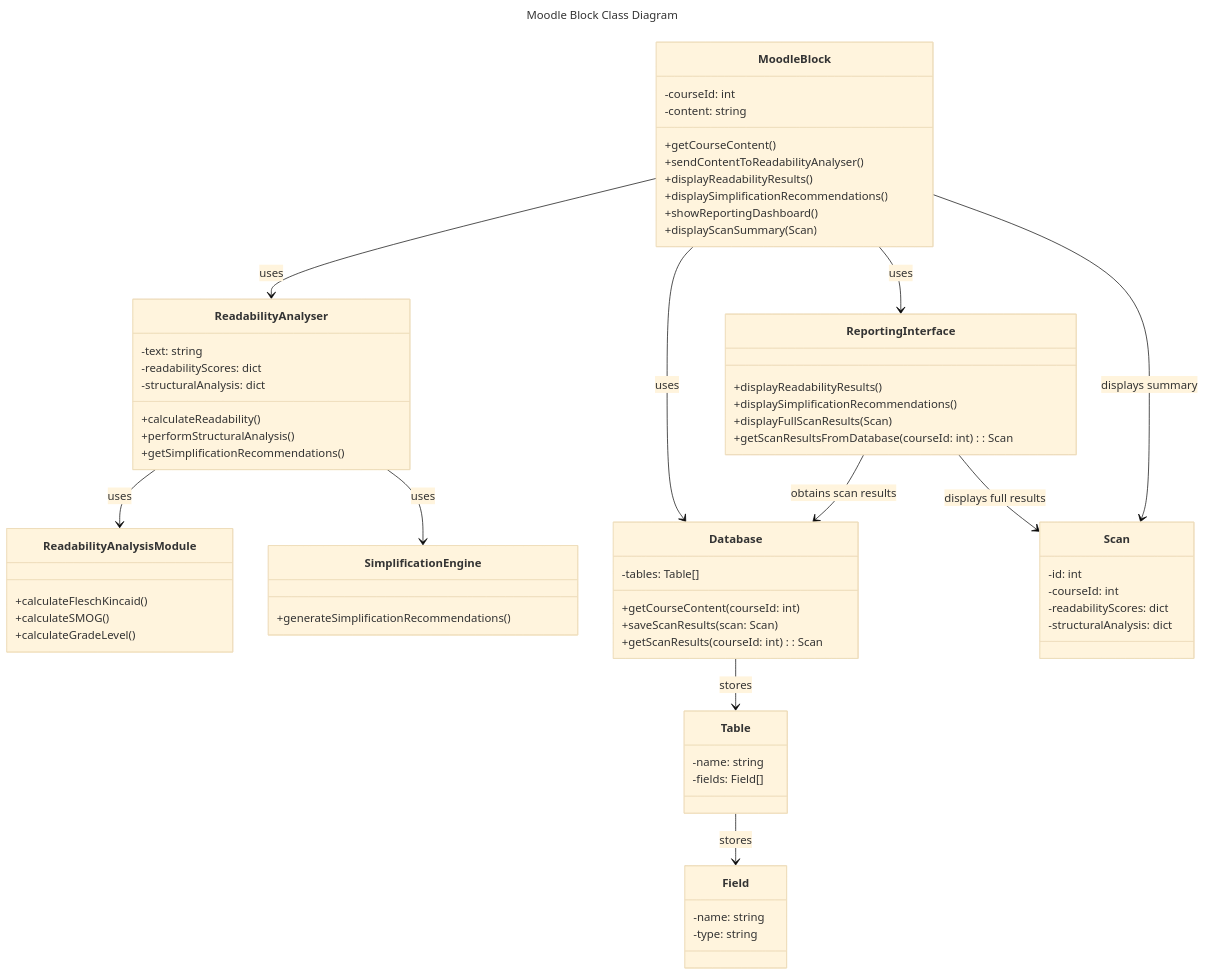
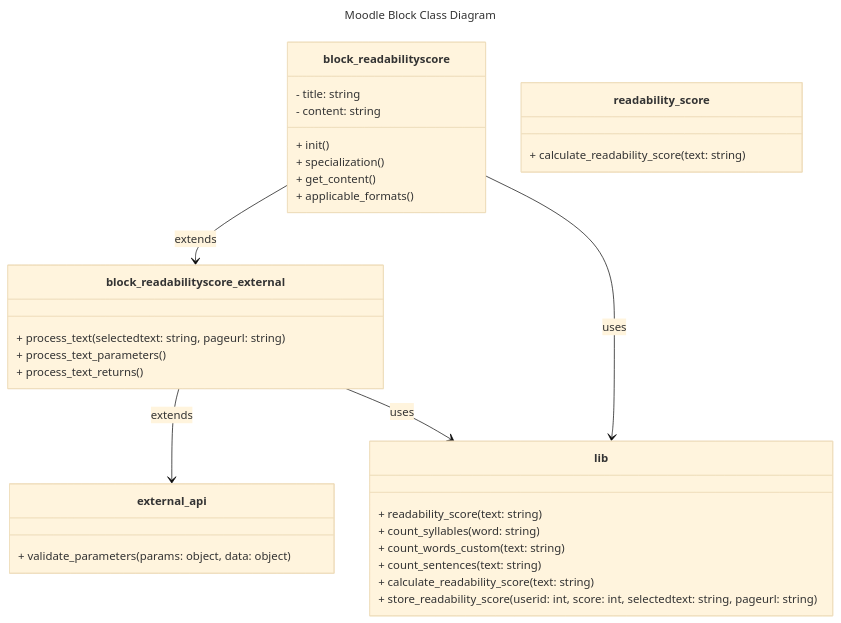
The second of 8 diagrams in README.md (anrichp/Computing-Project-2024), drawn with Mermaid (base theme) before and after one commit.

Commit message:
update class diagram

````diff
--- a/README.md
+++ b/README.md
@@ -70,69 +70,37 @@
 ```mermaid
 ---
 title: Moodle Block Class Diagram
 ---
 classDiagram
-
-class MoodleBlock {
-        -courseId: int
-        -content: string
-        +getCourseContent()
-        +sendContentToReadabilityAnalyser()
-        +displayReadabilityResults()
-        +displaySimplificationRecommendations()
-        +showReportingDashboard()
-        +displayScanSummary(Scan)
+    class block_readabilityscore {
+        - title: string
+        - content: string
+        + init()
+        + specialization()
+        + get_content()
+        + applicable_formats()
     }
-    class Database {
-        -tables: Table[]
-        +getCourseContent(courseId: int)
-        +saveScanResults(scan: Scan)
-        +getScanResults(courseId: int): Scan
+    class block_readabilityscore_external {
+        + process_text(selectedtext: string, pageurl: string)
+        + process_text_parameters()
+        + process_text_returns()
     }
-    class ReadabilityAnalyser {
-        -text: string
-        -readabilityScores: dict
-        -structuralAnalysis: dict
-        +calculateReadability()
-        +performStructuralAnalysis()
-        +getSimplificationRecommendations()
+    class external_api {
+        + validate_parameters(params: object, data: object)
     }
-    class ReadabilityAnalysisModule {
-        +calculateFleschKincaid()
-        +calculateSMOG()
-        +calculateGradeLevel()
+    block_readabilityscore --> block_readabilityscore_external : extends
+    block_readabilityscore_external --> external_api : extends
+    class readability_score {
+        + calculate_readability_score(text: string)
     }
-    class SimplificationEngine {
-        +generateSimplificationRecommendations()
+    class lib {
+        + readability_score(text: string)
+        + count_syllables(word: string)
+        + count_words_custom(text: string)
+        + count_sentences(text: string)
+        + calculate_readability_score(text: string)
+        + store_readability_score(userid: int, score: int, selectedtext: string, pageurl: string)
     }
-    class ReportingInterface {
-        +displayReadabilityResults()
-        +displaySimplificationRecommendations()
-        +displayFullScanResults(Scan)
-        +getScanResultsFromDatabase(courseId: int): Scan
-    }
-    class Table {
-        -name: string
-        -fields: Field[]
-    }
-    class Field {
-        -name: string
-        -type: string
-    }
-    class Scan {
-        -id: int
-        -courseId: int
-        -readabilityScores: dict
-        -structuralAnalysis: dict
-    }
-    MoodleBlock --> ReadabilityAnalyser: uses
-    ReadabilityAnalyser --> ReadabilityAnalysisModule: uses
-    ReadabilityAnalyser --> SimplificationEngine: uses
-    MoodleBlock --> Database: uses
-    Database --> Table: stores
-    Table --> Field: stores
-    MoodleBlock --> ReportingInterface: uses
-    MoodleBlock --> Scan: displays summary
-    ReportingInterface --> Database: obtains scan results
-    ReportingInterface --> Scan: displays full results
+    block_readabilityscore --> lib : uses
+    block_readabilityscore_external --> lib : uses
 ```
````
